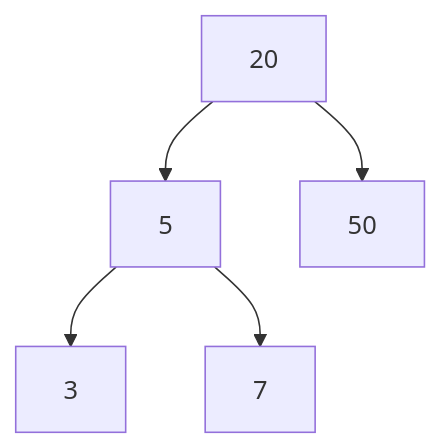
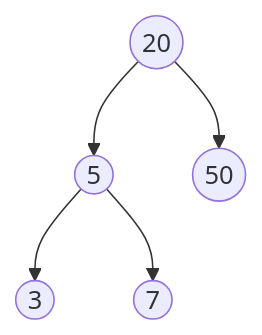
Diagram 16 of 39 in cst/6binnode/Ex6a4binnode.md (3strategy/BeautifulMivney), drawn with Mermaid before and after one commit. The commit also changed other lines of this file and 3 other files, not shown here.

````diff
--- a/cst/6binnode/Ex6a4binnode.md
+++ b/cst/6binnode/Ex6a4binnode.md
@@ -298,7 +298,7 @@
     ```mermaid
     flowchart TB
-      A[20] --> B[5]
-      A --> C[50]
-      B --> D[3]:::leaf
-      B --> E[7]:::leaf
+      A((20)) --> B((5))
+      A --> C((50))
+      B --> D((3)):::leaf
+      B --> E((7)):::leaf
     ```
````
